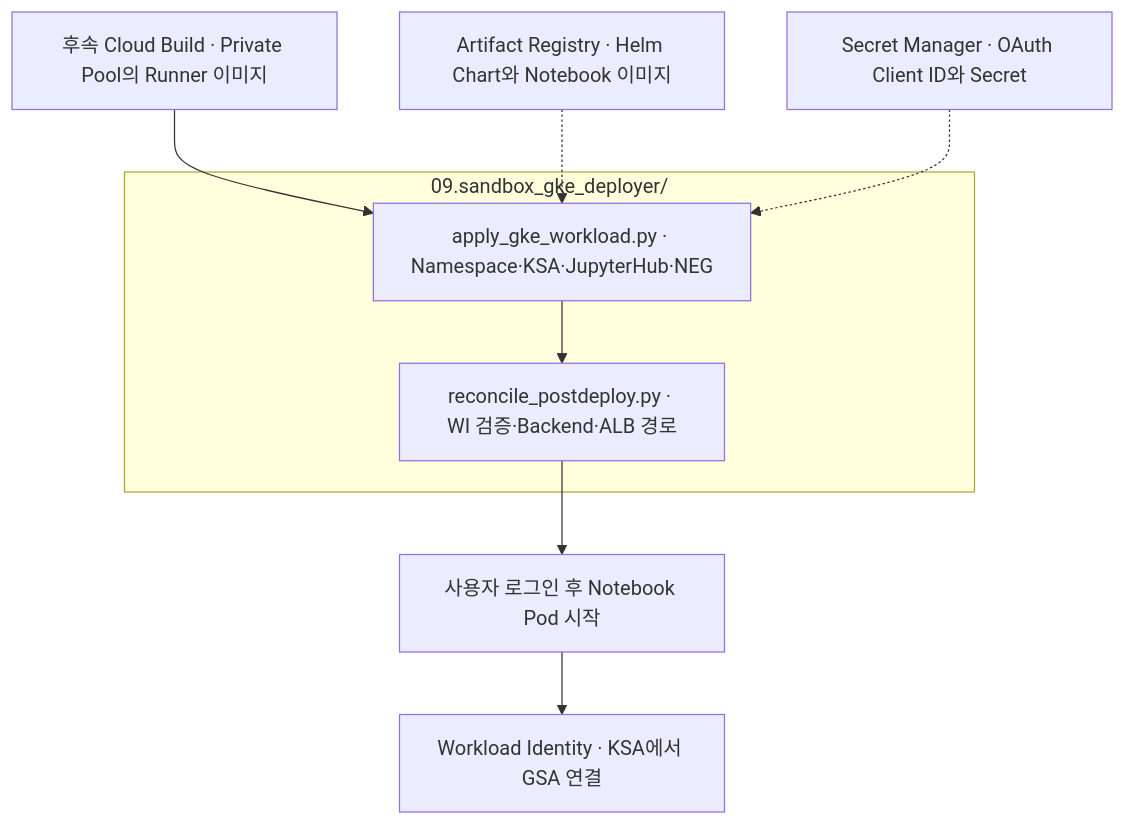
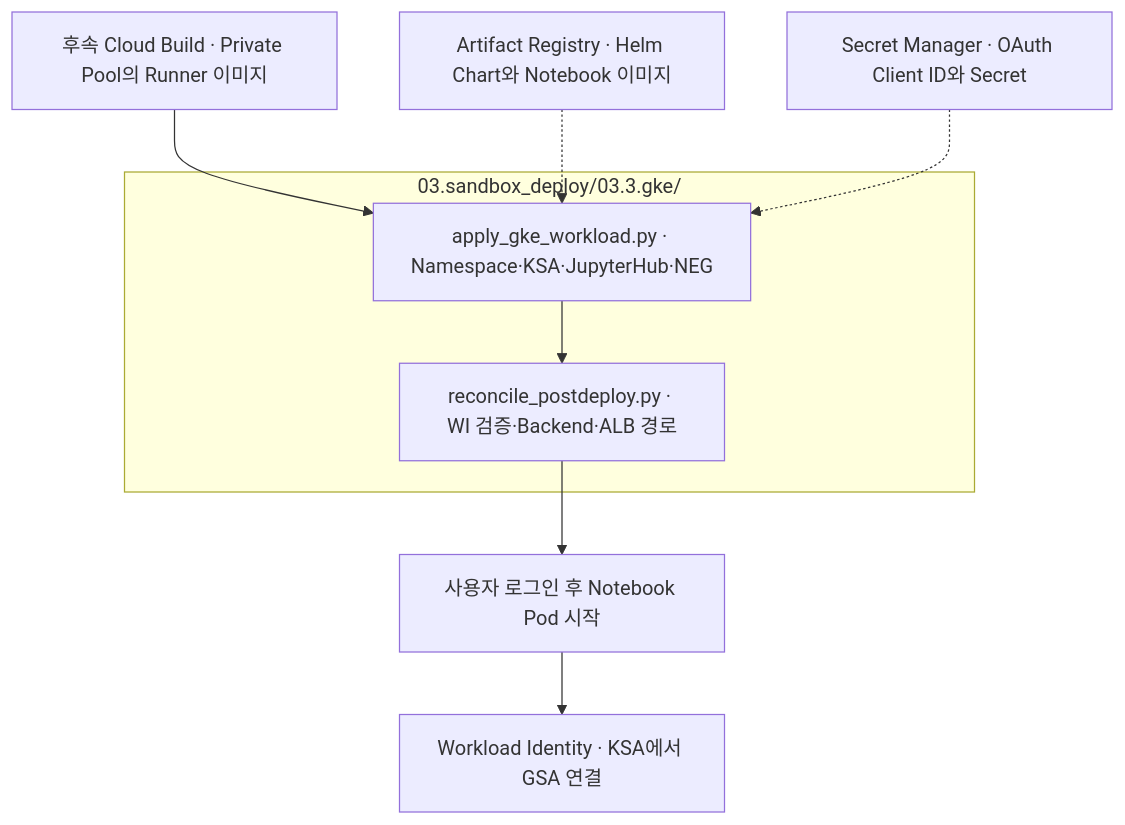
The sixth of 6 diagrams in 01.docs/reference/file-relationships.md (sonmap/https-github.com-sonmap-GCP_SBX_Test02), drawn with Mermaid before and after one commit. The commit also changed other lines of this file and 78 other files, not shown here.

````diff
--- a/01.docs/reference/file-relationships.md
+++ b/01.docs/reference/file-relationships.md
@@ -153,16 +153,16 @@
 ```mermaid
 flowchart TD
     C["후속 Cloud Build · Private Pool의 Runner 이미지"]
     A["Artifact Registry · Helm Chart와 Notebook 이미지"]
     S["Secret Manager · OAuth Client ID와 Secret"]
-    subgraph RUN["09.sandbox_gke_deployer/"]
+    subgraph RUN["03.sandbox_deploy/03.3.gke/"]
       K["apply_gke_workload.py · Namespace·KSA·JupyterHub·NEG"]
       L["reconcile_postdeploy.py · WI 검증·Backend·ALB 경로"]
       K --> L
     end
     C --> K
     A -.-> K
     S -.-> K
     L --> U["사용자 로그인 후 Notebook Pod 시작"]
     U --> W["Workload Identity · KSA에서 GSA 연결"]
 ```
````
